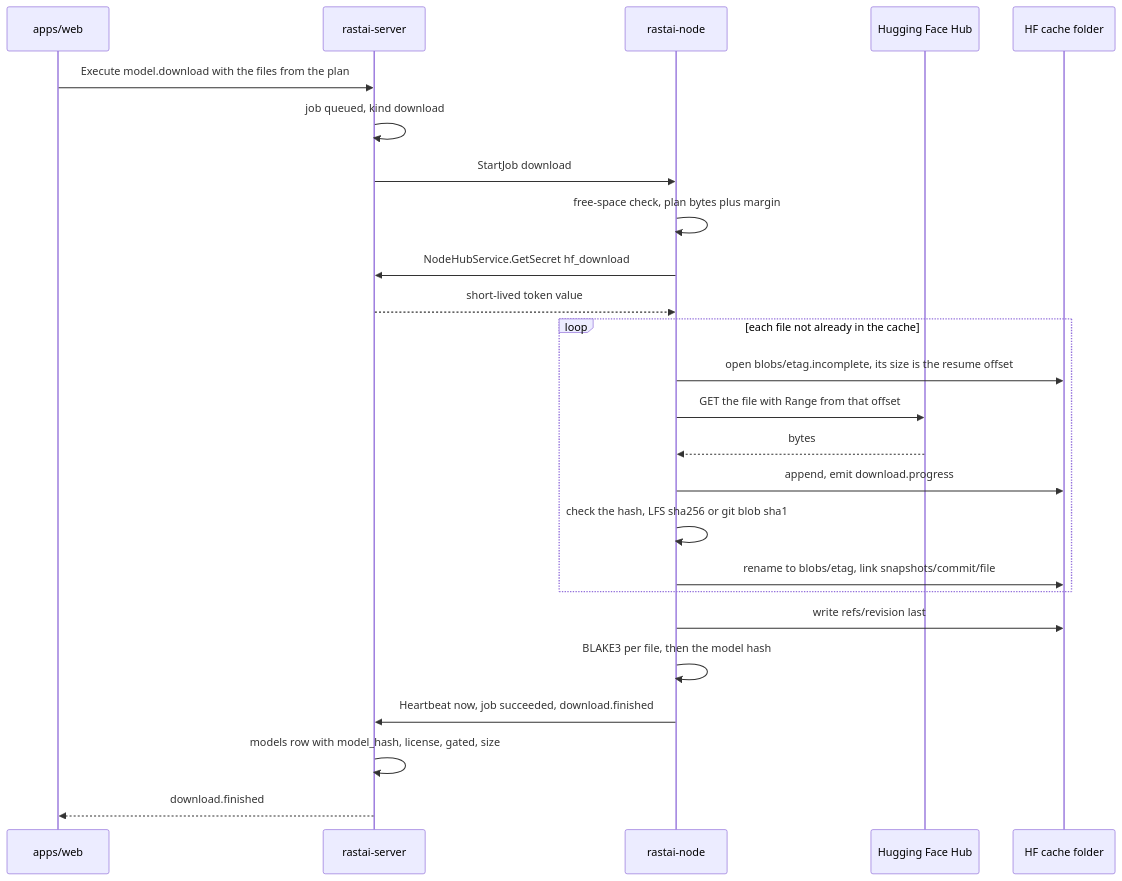
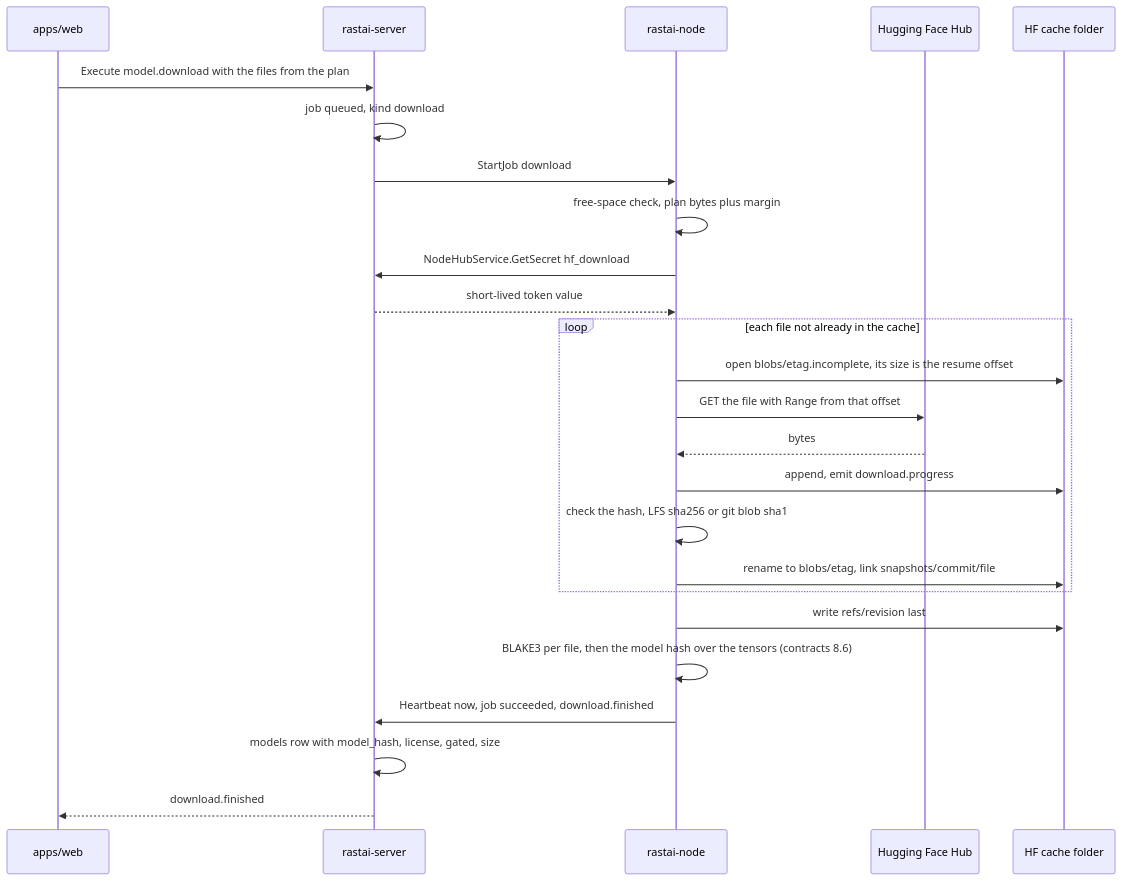
Before and after one commit to Snubiss/RASTAI-Research-Studio: the fifth of 55 diagrams in docs/architecture/flows/platform.md, drawn with Mermaid. The commit also changed 11 other files, not shown here.

First line of the commit message:
M2-13 contract: model hash covers the tensors; RRS-E1007 for planner refusals

````diff
--- a/docs/architecture/flows/platform.md
+++ b/docs/architecture/flows/platform.md
@@ -249,27 +249,27 @@
 ```mermaid
 sequenceDiagram
   participant WEB as apps/web
   participant SRV as rastai-server
   participant ND as rastai-node
   participant HF as Hugging Face Hub
   participant HC as HF cache folder
   WEB->>SRV: Execute model.download with the files from the plan
   SRV->>SRV: job queued, kind download
   SRV->>ND: StartJob download
   ND->>ND: free-space check, plan bytes plus margin
   ND->>SRV: NodeHubService.GetSecret hf_download
   SRV-->>ND: short-lived token value
   loop each file not already in the cache
     ND->>HC: open blobs/etag.incomplete, its size is the resume offset
     ND->>HF: GET the file with Range from that offset
     HF-->>ND: bytes
     ND->>HC: append, emit download.progress
     ND->>ND: check the hash, LFS sha256 or git blob sha1
     ND->>HC: rename to blobs/etag, link snapshots/commit/file
   end
   ND->>HC: write refs/revision last
-  ND->>ND: BLAKE3 per file, then the model hash
+  ND->>ND: BLAKE3 per file, then the model hash over the tensors (contracts 8.6)
   ND->>SRV: Heartbeat now, job succeeded, download.finished
   SRV->>SRV: models row with model_hash, license, gated, size
   SRV-->>WEB: download.finished
 ```
````
